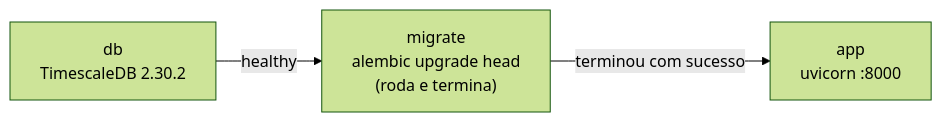
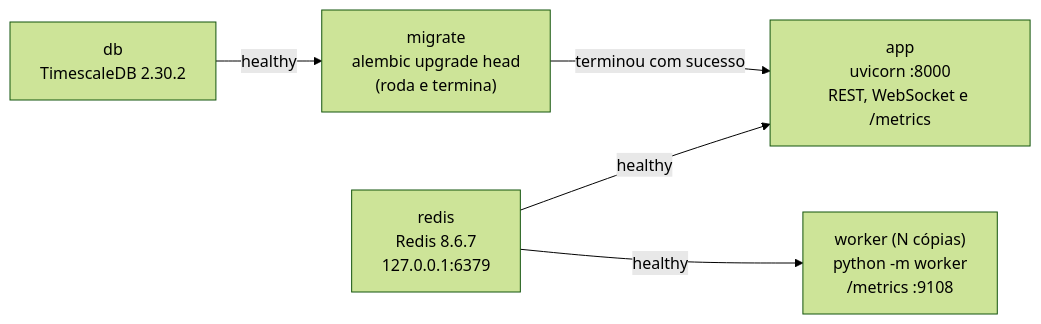
The fourth of 6 diagrams in README.md (isabelaohanadev/f1-race-engineer), drawn with Mermaid (forest theme) before and after one commit. The commit also changed other lines of this file and 3 other files, not shown here.

````diff
--- a/README.md
+++ b/README.md
@@ -52,5 +140,7 @@
 ```mermaid
 flowchart LR
     DB["db<br/>TimescaleDB 2.30.2"] -- "healthy" --> MIG["migrate<br/>alembic upgrade head<br/>(roda e termina)"]
-    MIG -- "terminou com sucesso" --> APP["app<br/>uvicorn :8000"]
+    MIG -- "terminou com sucesso" --> APP["app<br/>uvicorn :8000<br/>REST, WebSocket e /metrics"]
+    RED["redis<br/>Redis 8.6.7<br/>127.0.0.1:6379"] -- "healthy" --> APP
+    RED -- "healthy" --> WRK["worker (N cópias)<br/>python -m worker<br/>/metrics :9108"]
 ```
````
